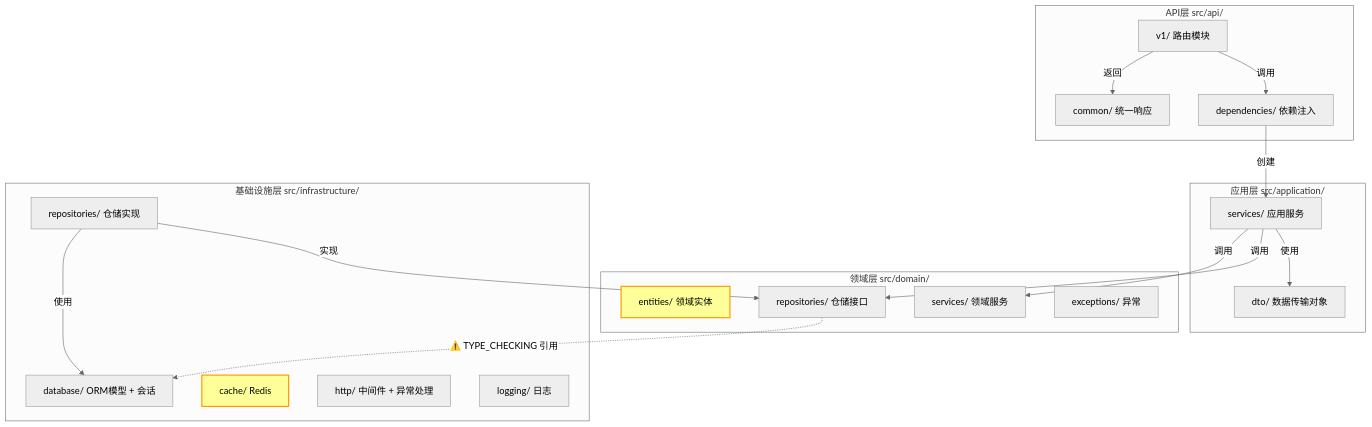
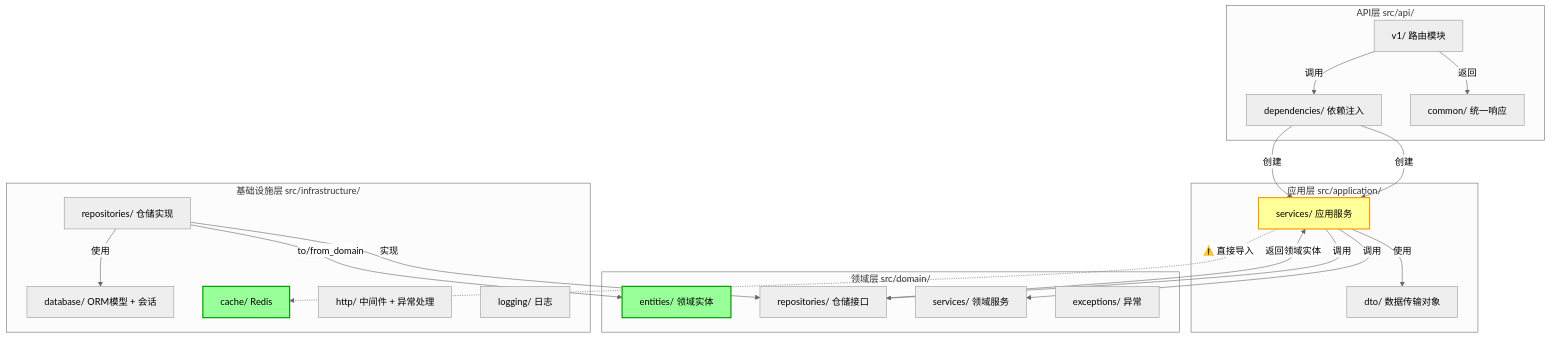
One commit to taoweidong/Hello-FastApi changed the second of 4 diagrams in service/docs/design/系统架构图.md. Above: the diagram before and after it, drawn with Mermaid (neutral theme). The commit also changed other lines of this file and 22 other files, not shown here.

````diff
--- a/service/docs/design/系统架构图.md
+++ b/service/docs/design/系统架构图.md
@@ -87,42 +91,46 @@
 ```mermaid
 graph TD
     subgraph API层 src/api/
         API_V1[v1/ 路由模块]
         API_DEP[dependencies/ 依赖注入]
         API_RES[common/ 统一响应]
     end
 
     subgraph 应用层 src/application/
         APP_SVC[services/ 应用服务]
         APP_DTO[dto/ 数据传输对象]
     end
 
     subgraph 领域层 src/domain/
         DOM_ENT[entities/ 领域实体]
         DOM_REPO[repositories/ 仓储接口]
         DOM_SVC[services/ 领域服务]
         DOM_EXC[exceptions/ 异常]
     end
 
     subgraph 基础设施层 src/infrastructure/
         INF_REPO[repositories/ 仓储实现]
         INF_DB[database/ ORM模型 + 会话]
         INF_CACHE[cache/ Redis]
         INF_HTTP[http/ 中间件 + 异常处理]
         INF_LOG[logging/ 日志]
     end
 
     API_V1 -->|调用| API_DEP
     API_V1 -->|返回| API_RES
     API_DEP -->|创建| APP_SVC
+    API_DEP -->|创建| APP_SVC
     APP_SVC -->|使用| APP_DTO
     APP_SVC -->|调用| DOM_REPO
     APP_SVC -->|调用| DOM_SVC
+    APP_SVC -.->|⚠️ 直接导入| INF_CACHE
 
-    DOM_REPO -.->|⚠️ TYPE_CHECKING 引用| INF_DB
+    DOM_REPO -->|返回领域实体| APP_SVC
     INF_REPO -->|实现| DOM_REPO
     INF_REPO -->|使用| INF_DB
+    INF_REPO -->|to/from_domain| DOM_ENT
 
-    style DOM_ENT fill:#ff9,stroke:#f90,stroke-width:2px
-    style INF_CACHE fill:#ff9,stroke:#f90,stroke-width:2px
+    style DOM_ENT fill:#9f9,stroke:#090,stroke-width:2px
+    style INF_CACHE fill:#9f9,stroke:#090,stroke-width:2px
+    style APP_SVC fill:#ff9,stroke:#f90,stroke-width:2px
 ```
````
